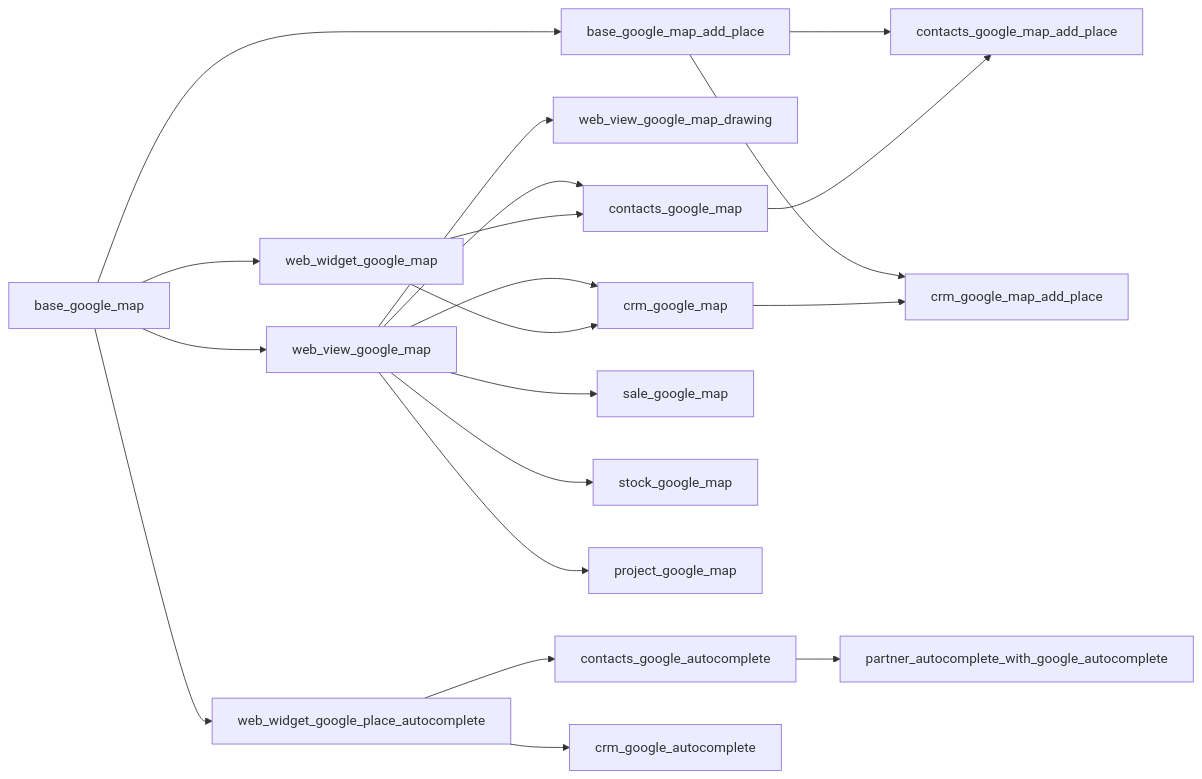
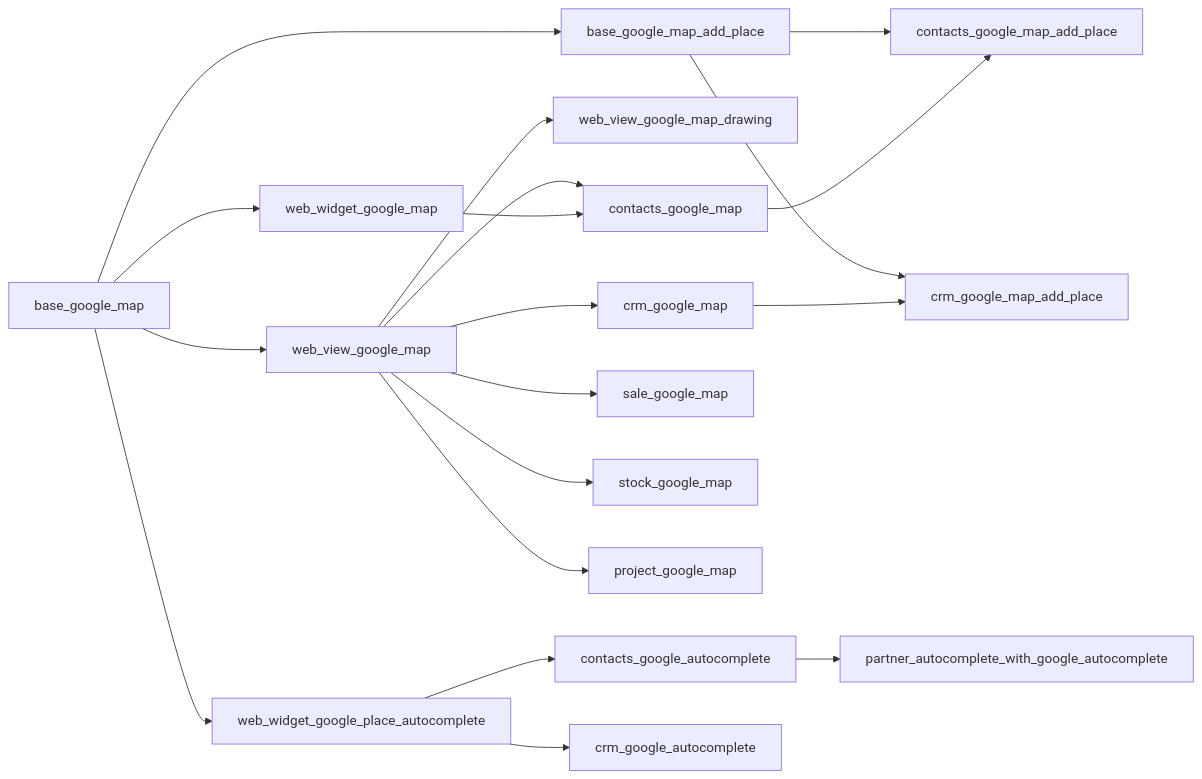
The diagram in README.md (mithnusa/odoo-google-maps), drawn with Mermaid before and after one commit. The commit also changed other lines of this file and 13 other files, not shown here.

````diff
--- a/README.md
+++ b/README.md
@@ -53,28 +53,27 @@
 ```mermaid
 graph LR
     base_google_map --> web_view_google_map
     base_google_map --> web_widget_google_map
     base_google_map --> web_widget_google_place_autocomplete
     base_google_map --> base_google_map_add_place
 
     web_view_google_map --> web_view_google_map_drawing
     web_view_google_map --> contacts_google_map
     web_view_google_map --> crm_google_map
     web_view_google_map --> sale_google_map
     web_view_google_map --> stock_google_map
     web_view_google_map --> project_google_map
 
     web_widget_google_map --> contacts_google_map
-    web_widget_google_map --> crm_google_map
 
     web_widget_google_place_autocomplete --> contacts_google_autocomplete
     web_widget_google_place_autocomplete --> crm_google_autocomplete
 
     contacts_google_autocomplete --> partner_autocomplete_with_google_autocomplete
 
     base_google_map_add_place --> contacts_google_map_add_place
     base_google_map_add_place --> crm_google_map_add_place
 
     contacts_google_map --> contacts_google_map_add_place
     crm_google_map --> crm_google_map_add_place
 ```
````
